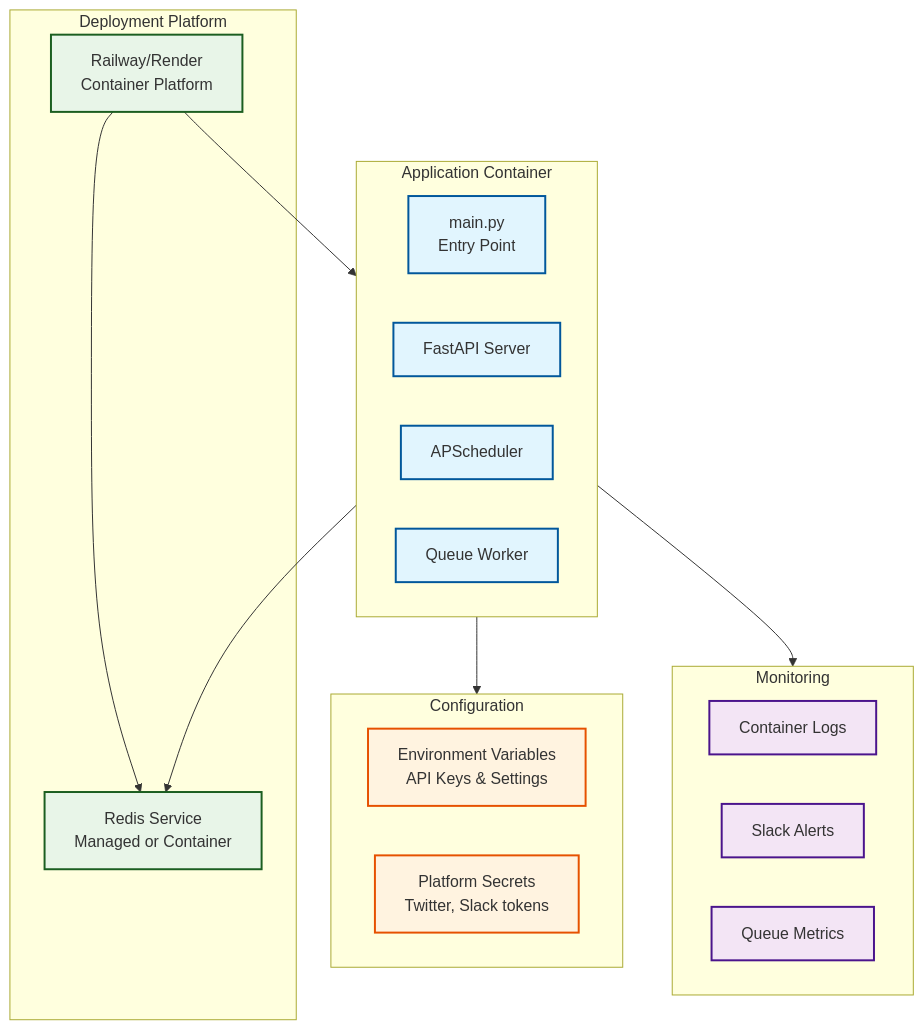
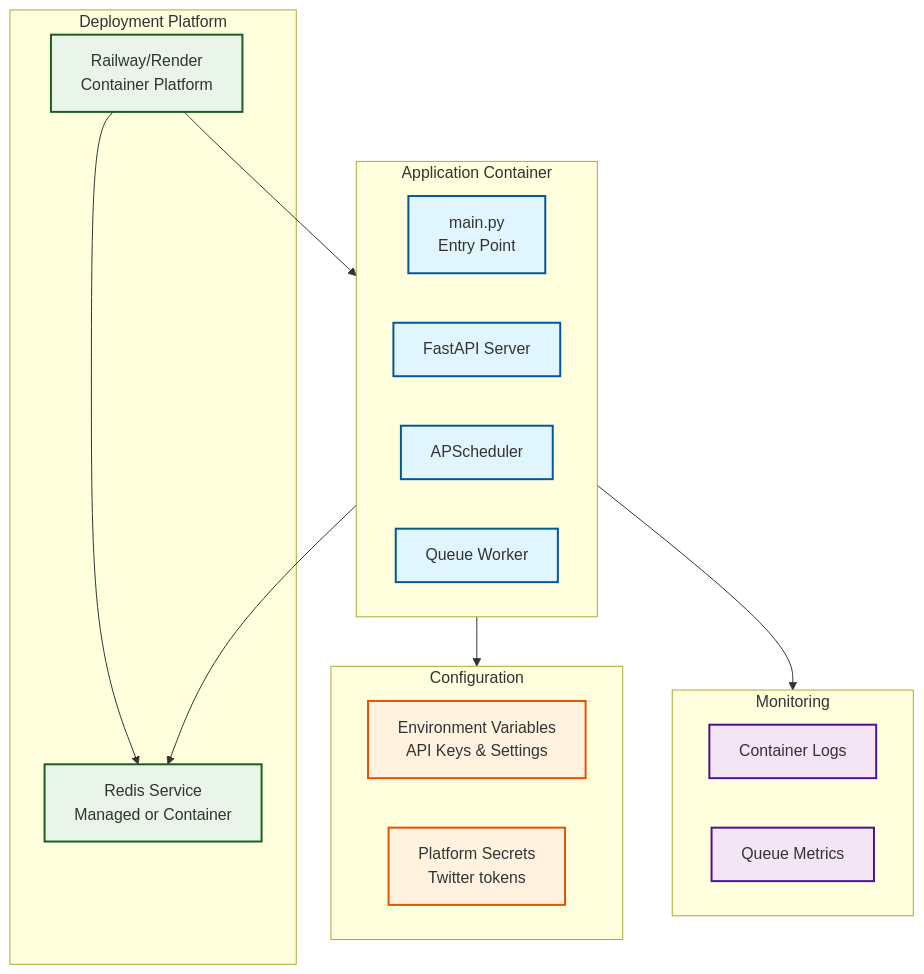
The fourth of 4 diagrams in docs/arch.md (hypexbt/hypexbt), drawn with Mermaid before and after one commit. The commit also changed other lines of this file and 4 other files, not shown here.

````diff
--- a/docs/arch.md
+++ b/docs/arch.md
@@ -380,41 +372,40 @@
 ```mermaid
 graph TB
     subgraph DEPLOY [Deployment Platform]
         RAILWAY[Railway/Render<br/>Container Platform]
         REDIS_SERVICE[Redis Service<br/>Managed or Container]
     end
 
     subgraph APP [Application Container]
         MAIN[main.py<br/>Entry Point]
         API[FastAPI Server]
         SCHEDULER[APScheduler]
         WORKER[Queue Worker]
     end
 
     subgraph CONFIG [Configuration]
         ENV[Environment Variables<br/>API Keys & Settings]
-        SECRETS[Platform Secrets<br/>Twitter, Slack tokens]
+        SECRETS[Platform Secrets<br/>Twitter tokens]
     end
 
     subgraph MONITOR [Monitoring]
         LOGS[Container Logs]
-        SLACK[Slack Alerts]
         METRICS[Queue Metrics]
     end
 
     RAILWAY --> APP
     RAILWAY --> REDIS_SERVICE
     APP --> REDIS_SERVICE
     APP --> CONFIG
     APP --> MONITOR
 
     classDef deploy fill:#e8f5e8,stroke:#1b5e20,stroke-width:2px
     classDef app fill:#e1f5fe,stroke:#01579b,stroke-width:2px
     classDef config fill:#fff3e0,stroke:#e65100,stroke-width:2px
     classDef monitor fill:#f3e5f5,stroke:#4a148c,stroke-width:2px
 
     class RAILWAY,REDIS_SERVICE deploy
     class MAIN,API,SCHEDULER,WORKER app
     class ENV,SECRETS config
-    class LOGS,SLACK,METRICS monitor
+    class LOGS,METRICS monitor
 ```
````
